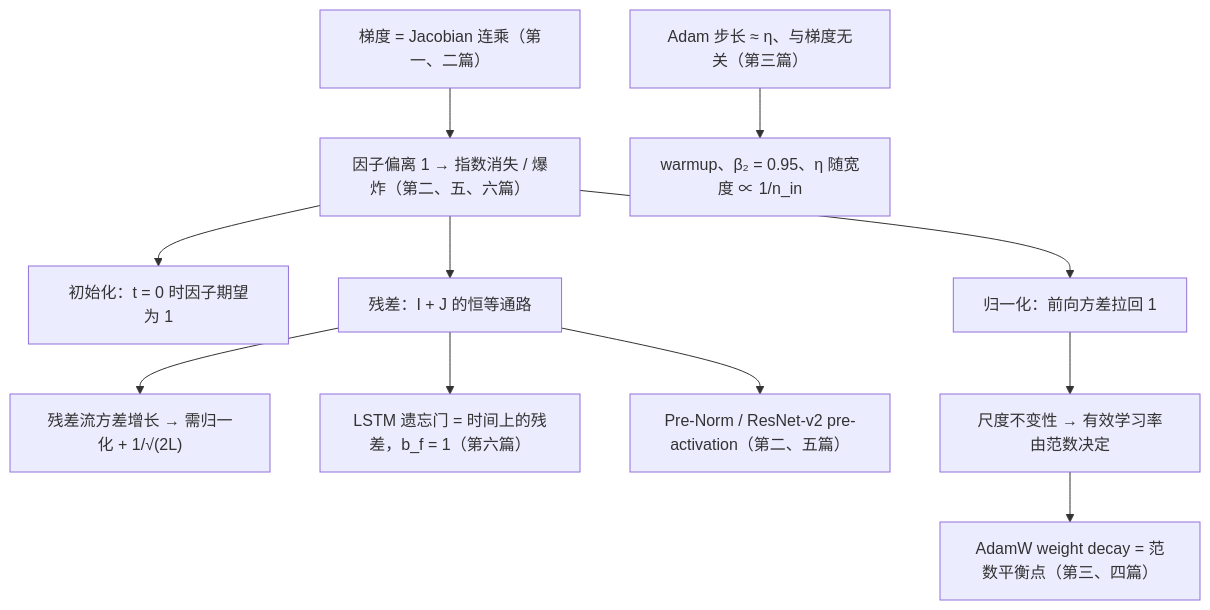
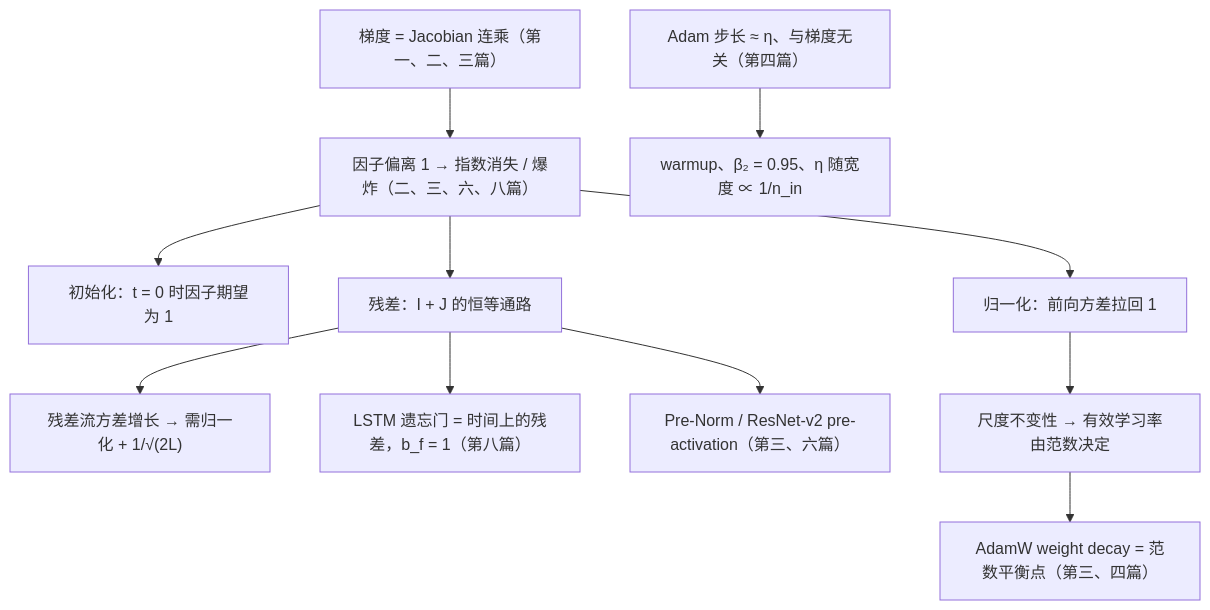
The second of 2 diagrams in _posts/2026-03-29-deep-learning-foundations-series-recap-and-self-test.md (arganzheng/arganzheng.github.com), drawn with Mermaid before and after one commit. The commit also changed other lines of this file and 13 other files, not shown here.

````diff
--- a/_posts/2026-03-29-deep-learning-foundations-series-recap-and-self-test.md
+++ b/_posts/2026-03-29-deep-learning-foundations-series-recap-and-self-test.md
@@ -233,14 +269,14 @@
 ```mermaid
 %% 图：Transformer 部件的来历：连乘导致消失 / 爆炸，三种修法各接一环，残差又带出新的约束
 flowchart TB
-    CHAIN["梯度 = Jacobian 连乘（第一、二篇）"] --> VAN["因子偏离 1 → 指数消失 / 爆炸（第二、五、六篇）"]
+    CHAIN["梯度 = Jacobian 连乘（第一、二、三篇）"] --> VAN["因子偏离 1 → 指数消失 / 爆炸（二、三、六、八篇）"]
     VAN --> INIT["初始化：t = 0 时因子期望为 1"]
     VAN --> NORM["归一化：前向方差拉回 1"]
     VAN --> RES["残差：I + J 的恒等通路"]
     RES --> GROW["残差流方差增长 → 需归一化 + 1/√(2L)"]
-    RES --> LSTM["LSTM 遗忘门 = 时间上的残差，b_f = 1（第六篇）"]
-    RES --> PRE["Pre-Norm / ResNet-v2 pre-activation（第二、五篇）"]
+    RES --> LSTM["LSTM 遗忘门 = 时间上的残差，b_f = 1（第八篇）"]
+    RES --> PRE["Pre-Norm / ResNet-v2 pre-activation（第三、六篇）"]
     NORM --> SCALE["尺度不变性 → 有效学习率由范数决定"]
     SCALE --> WD["AdamW weight decay = 范数平衡点（第三、四篇）"]
-    ADAM["Adam 步长 ≈ η、与梯度无关（第三篇）"] --> WARM["warmup、β₂ = 0.95、η 随宽度 ∝ 1/n_in"]
+    ADAM["Adam 步长 ≈ η、与梯度无关（第四篇）"] --> WARM["warmup、β₂ = 0.95、η 随宽度 ∝ 1/n_in"]
 ```
````
